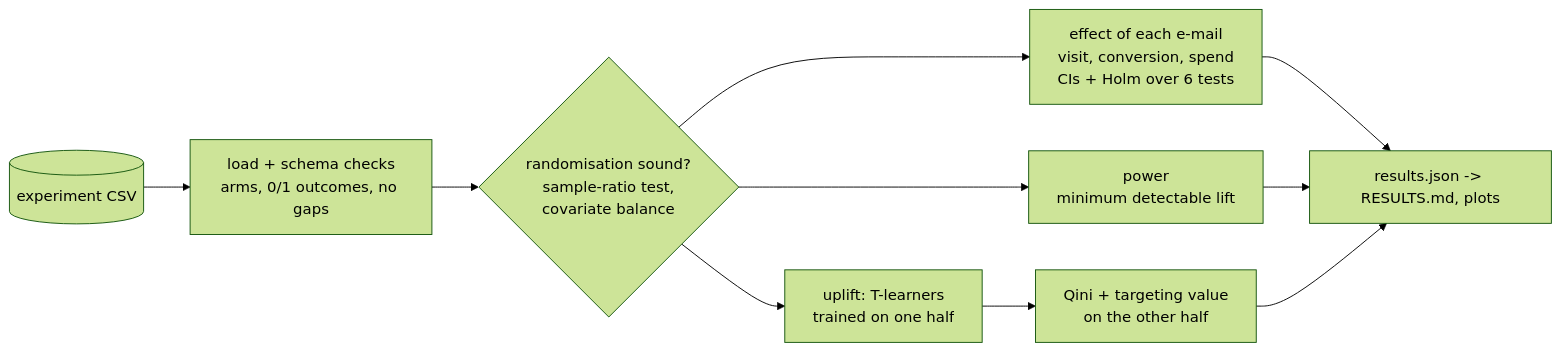
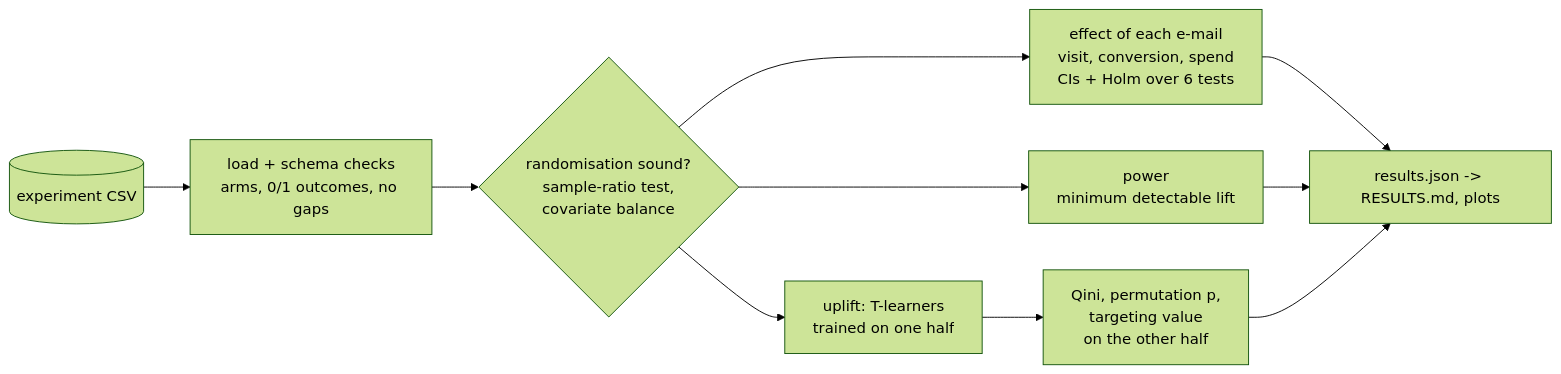
Before and after one commit to lahiruweerasingha/campaign-ab-testing: the diagram in README.md, drawn with Mermaid (forest theme). The commit also changed other lines of this file and 7 other files, not shown here.

````diff
--- a/README.md
+++ b/README.md
@@ -56,12 +103,12 @@
 ```mermaid
 flowchart LR
     D[(experiment CSV)] --> L[load + schema checks<br/>arms, 0/1 outcomes, no gaps]
     L --> C{randomisation sound?<br/>sample-ratio test,<br/>covariate balance}
     C --> E[effect of each e-mail<br/>visit, conversion, spend<br/>CIs + Holm over 6 tests]
     C --> P[power<br/>minimum detectable lift]
     C --> U[uplift: T-learners<br/>trained on one half]
-    U --> Q[Qini + targeting value<br/>on the other half]
+    U --> Q[Qini, permutation p,<br/>targeting value<br/>on the other half]
     E --> R[results.json -> RESULTS.md, plots]
     P --> R
     Q --> R
 ```
````
